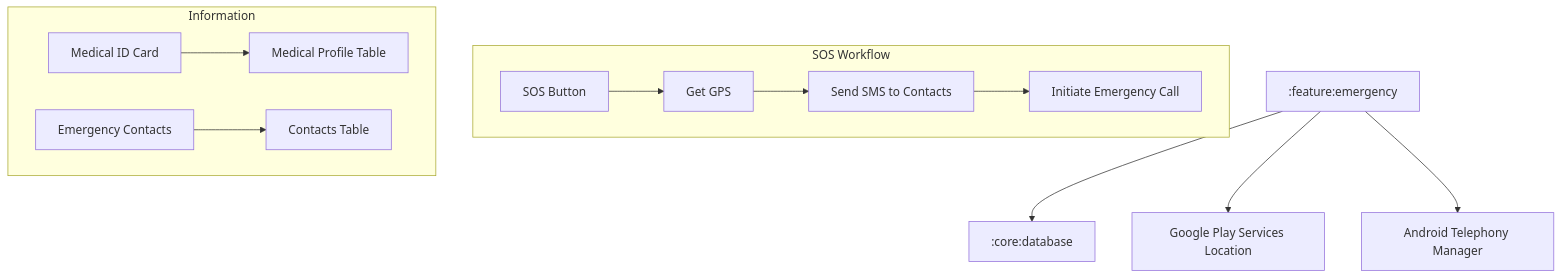
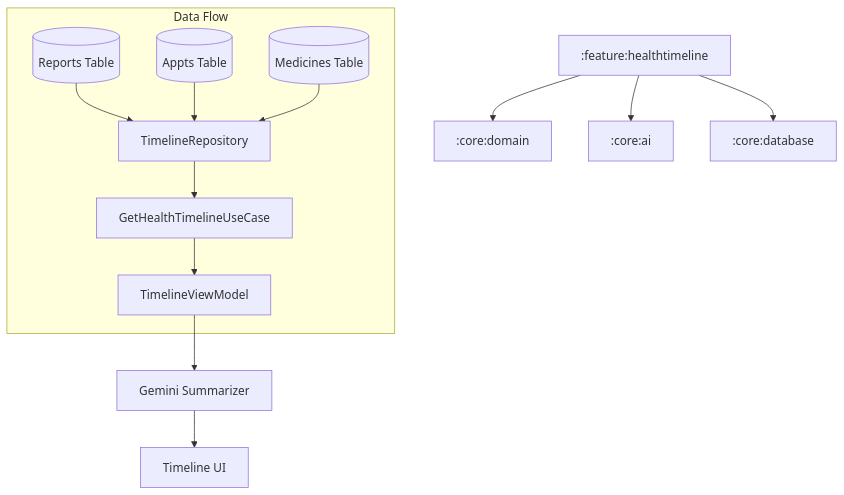
One commit to KotlinFiroj/Ai-HealthCare-App changed the diagram in .artifacts/4dc8775b-7ddf-49a0-b4e6-8fda79cbdfec/implementation_plan.artifact.md. Above: the diagram before and after it, drawn with Mermaid. The commit also changed other lines of this file and 23 other files, not shown here.

Commit message:
Implement Phase 11: Health Timeline module with unified medical records, AI-generated summaries, and timeline UI

````diff
--- a/.artifacts/4dc8775b-7ddf-49a0-b4e6-8fda79cbdfec/implementation_plan.artifact.md
+++ b/.artifacts/4dc8775b-7ddf-49a0-b4e6-8fda79cbdfec/implementation_plan.artifact.md
@@ -50,17 +52,17 @@
 ```mermaid
 graph TD
-    F_Emer[:feature:emergency] --> C_DB[:core:database]
-    F_Emer --> GPS[Google Play Services Location]
-    F_Emer --> SMS[Android Telephony Manager]
+    F_Timeline[:feature:healthtimeline] --> C_Domain[:core:domain]
+    F_Timeline --> C_AI[:core:ai]
+    F_Timeline --> C_DB[:core:database]
 
-    subgraph SOS Workflow
-        Button[SOS Button] --> Location[Get GPS]
-        Location --> SMS_Alert[Send SMS to Contacts]
-        SMS_Alert --> Call[Initiate Emergency Call]
+    subgraph Data Flow
+        DB_Reports[(Reports Table)] --> Repo[TimelineRepository]
+        DB_Appts[(Appts Table)] --> Repo
+        DB_Meds[(Medicines Table)] --> Repo
+        Repo --> UseCase[GetHealthTimelineUseCase]
+        UseCase --> VM[TimelineViewModel]
     end
 
-    subgraph Information
-        MedicalId[Medical ID Card] --> DB_Profile[Medical Profile Table]
-        Contacts[Emergency Contacts] --> DB_Contacts[Contacts Table]
-    end
+    VM --> Gemini[Gemini Summarizer]
+    Gemini --> UI[Timeline UI]
 ```
````
